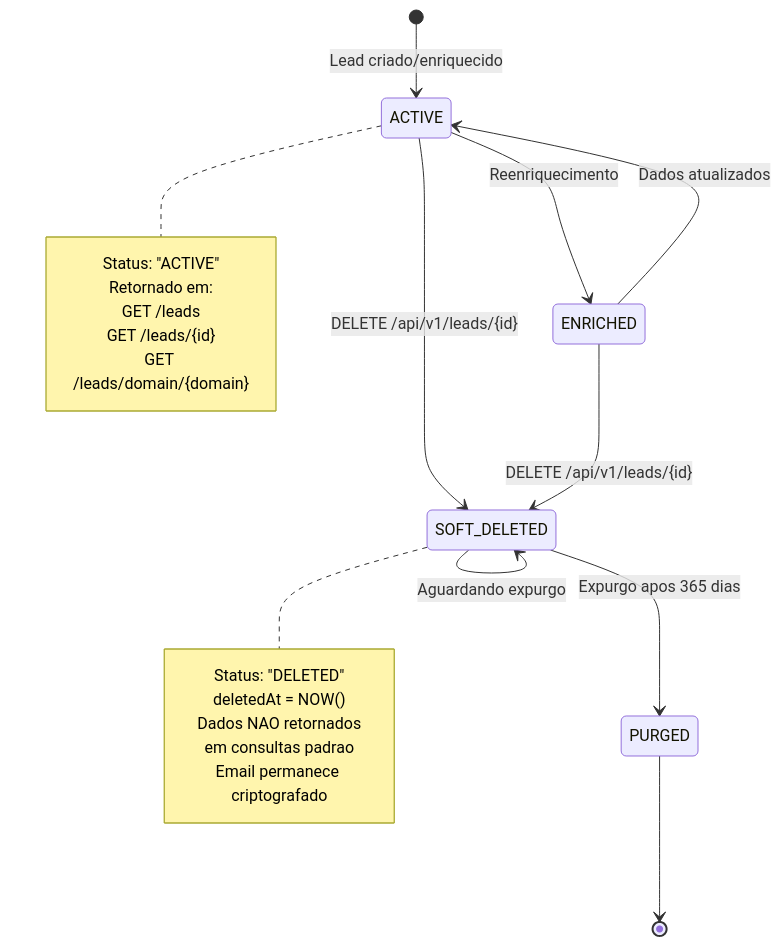
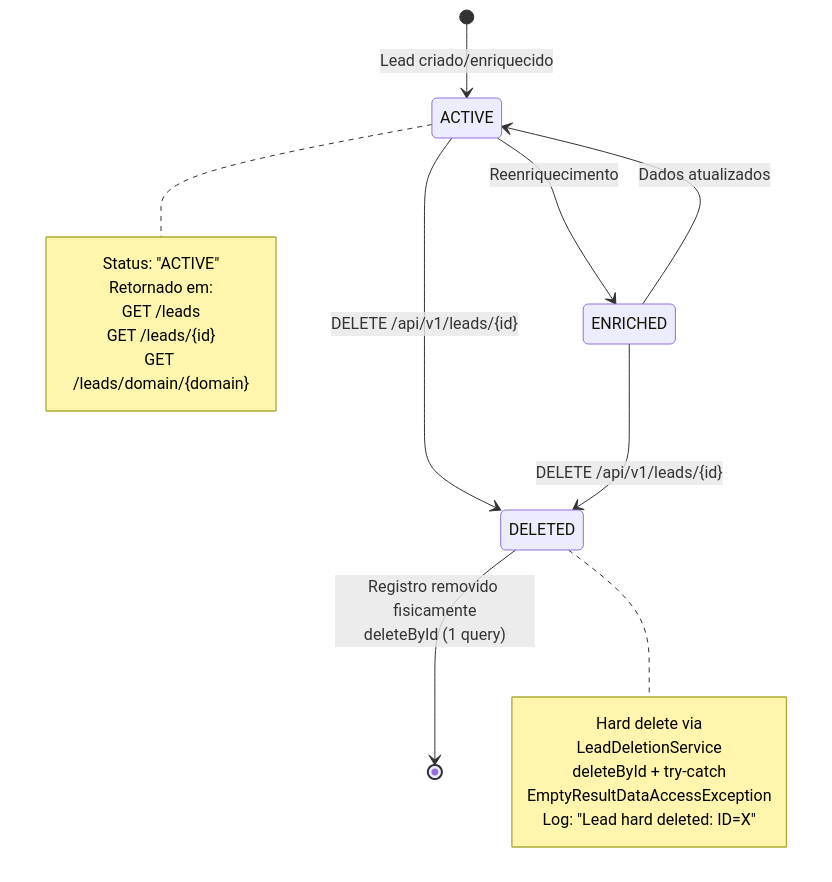
The third of 4 diagrams in docs/diagrams/mermaid-fluxo-processamento-api.md (pdrodavi/lead-enrichment-api), drawn with Mermaid before and after one commit. The commit also changed other lines of this file and 40 other files, not shown here.

````diff
--- a/docs/diagrams/mermaid-fluxo-processamento-api.md
+++ b/docs/diagrams/mermaid-fluxo-processamento-api.md
@@ -155,31 +145,28 @@
 ```mermaid
 stateDiagram-v2
     [*] --> ACTIVE : Lead criado/enriquecido
 
     ACTIVE --> ENRICHED : Reenriquecimento
     ENRICHED --> ACTIVE : Dados atualizados
 
-    ACTIVE --> SOFT_DELETED : DELETE /api/v1/leads/{id}
-    ENRICHED --> SOFT_DELETED : DELETE /api/v1/leads/{id}
+    ACTIVE --> DELETED : DELETE /api/v1/leads/{id}
+    ENRICHED --> DELETED : DELETE /api/v1/leads/{id}
 
-    SOFT_DELETED --> SOFT_DELETED : Aguardando expurgo
-    SOFT_DELETED --> PURGED : Expurgo apos 365 dias
+    DELETED --> [*] : Registro removido fisicamente<br/>deleteById (1 query)
 
-    PURGED --> [*]
-
-    note right of SOFT_DELETED
-        Status: "DELETED"
-        deletedAt = NOW()
-        Dados NAO retornados
-        em consultas padrao
-        Email permanece criptografado
+    note right of DELETED
+        Hard delete via
+        LeadDeletionService
+        deleteById + try-catch
+        EmptyResultDataAccessException
+        Log: "Lead hard deleted: ID=X"
     end note
 
     note right of ACTIVE
         Status: "ACTIVE"
         Retornado em:
         GET /leads
         GET /leads/{id}
         GET /leads/domain/{domain}
     end note
 ```
````
